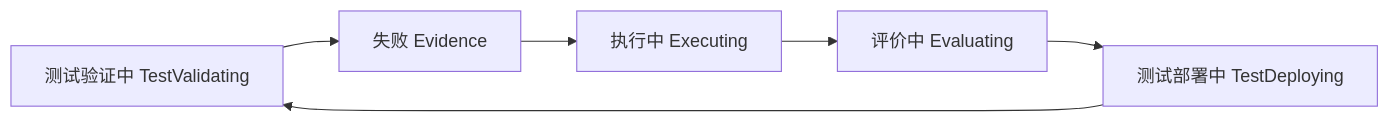
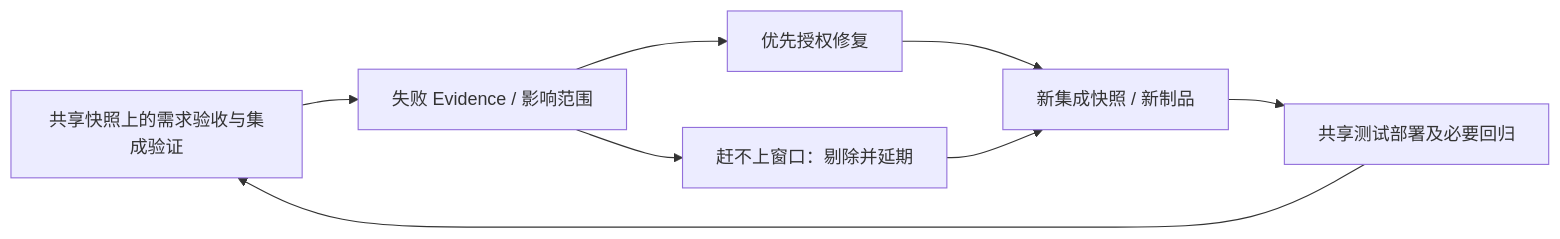
One commit to hecotr/cimi-ai-native changed the third of 3 diagrams in docs/architecture/CimiLoopChange端到端状态机-v0.1.md. Above: the diagram before and after it, drawn with Mermaid. The commit also changed other lines of this file and 11 other files, not shown here.

````diff
--- a/docs/architecture/CimiLoopChange端到端状态机-v0.1.md
+++ b/docs/architecture/CimiLoopChange端到端状态机-v0.1.md
@@ -242,10 +271,12 @@
 ```mermaid
 flowchart LR
-    TestValidating[测试验证中 TestValidating]
-    Failure[失败 Evidence]
-    Executing[执行中 Executing]
-    Evaluating[评价中 Evaluating]
-    TestDeploying[测试部署中 TestDeploying]
-
-    TestValidating --> Failure --> Executing --> Evaluating --> TestDeploying --> TestValidating
+    TestValidating["共享快照上的需求验收与集成验证"]
+    Failure["失败 Evidence / 影响范围"]
+    Repair["优先授权修复"]
+    Defer["赶不上窗口：剔除并延期"]
+    Rebuild["新集成快照 / 新制品"]
+    TestDeploying["共享测试部署及必要回归"]
+    TestValidating --> Failure --> Repair --> Rebuild
+    Failure --> Defer --> Rebuild
+    Rebuild --> TestDeploying --> TestValidating
 ```
````
